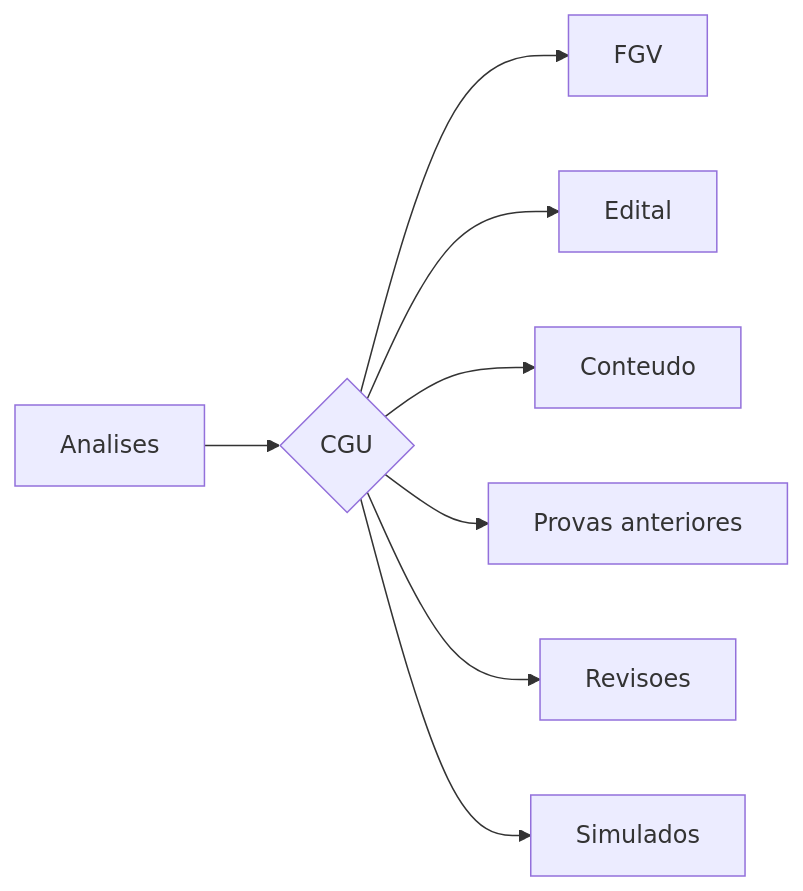
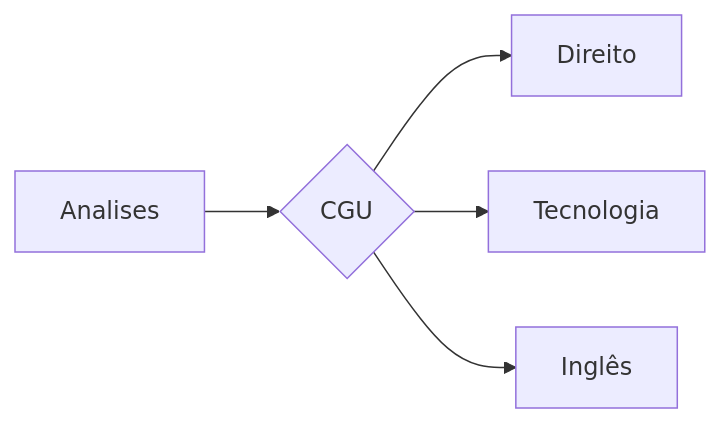
The diagram in concurso/CGU/readme.md (SauloCandeira/concursos), drawn with Mermaid before and after one commit.

````diff
--- a/concurso/CGU/readme.md
+++ b/concurso/CGU/readme.md
@@ -23,14 +23,11 @@
 ```mermaid
 flowchart LR
 
 B[Analises]
 
 B --> C{CGU}
-C --> J[FGV] 
-C --> K[Edital]
-C --> L[Conteudo]
-C --> O[Provas anteriores]
-C --> M[Revisoes]
-C --> N[Simulados]
+C --> J[Direito] 
+C --> K[Tecnologia]
+C --> L[Inglês]
 
 ```
````
